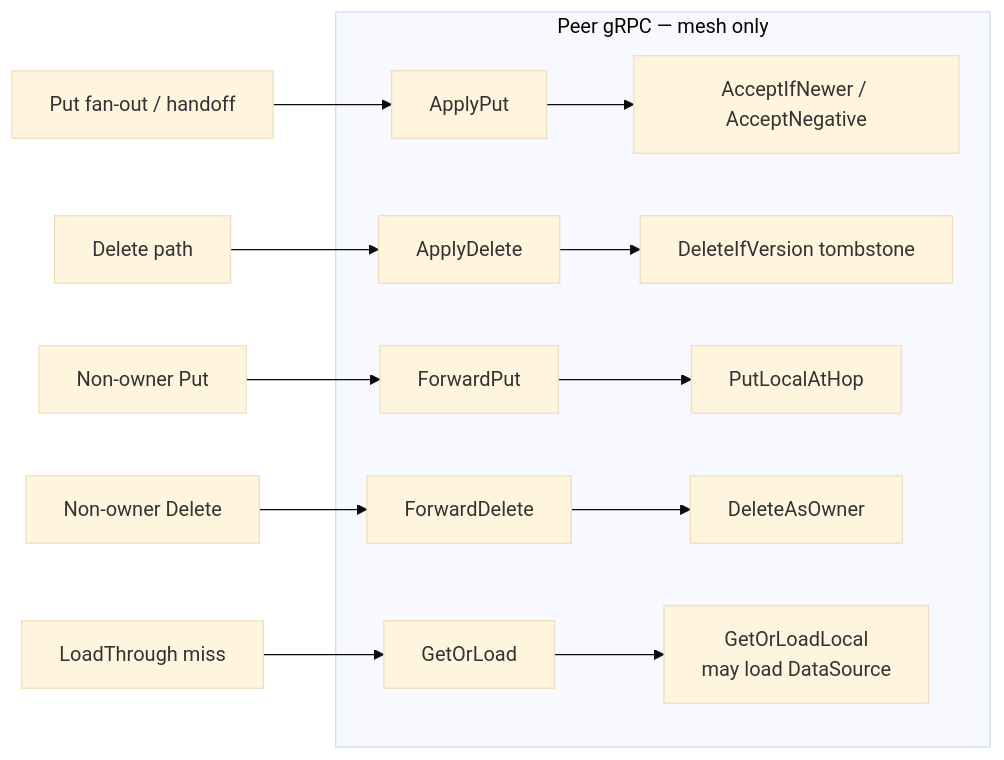
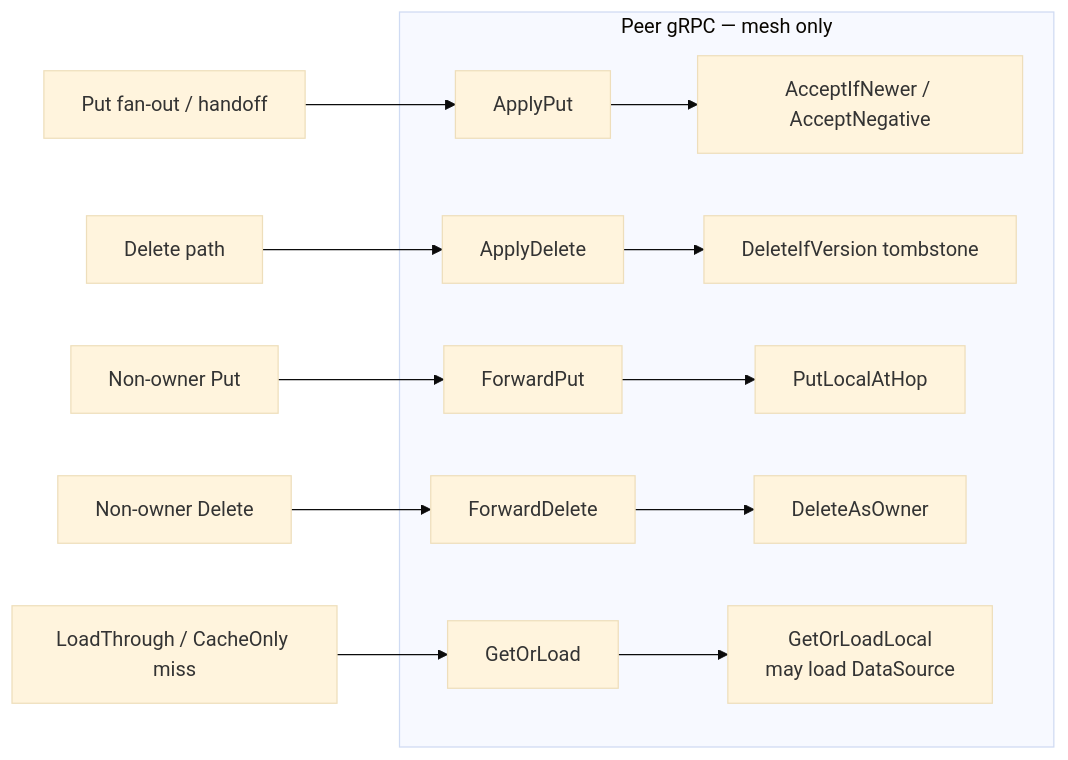
Before and after one commit to Code0987/supercache: the ninth of 18 diagrams in docs/CLUSTER_FLOWS.md, drawn with Mermaid (base theme). The commit also changed other lines of this file and 17 other files, not shown here.

````diff
--- a/docs/CLUSTER_FLOWS.md
+++ b/docs/CLUSTER_FLOWS.md
@@ -206,16 +206,16 @@
 ```mermaid
 flowchart LR
   subgraph PeerAPI["Peer gRPC — mesh only"]
     AP["ApplyPut"] --> LWW["AcceptIfNewer / AcceptNegative"]
     AD["ApplyDelete"] --> TB["DeleteIfVersion tombstone"]
     FP["ForwardPut"] --> PL["PutLocalAtHop"]
     FDel["ForwardDelete"] --> DO["DeleteAsOwner"]
     GL["GetOrLoad"] --> OL["GetOrLoadLocal<br/>may load DataSource"]
   end
 
   PUT["Put fan-out / handoff"] --> AP
   DEL["Delete path"] --> AD
   NPUT["Non-owner Put"] --> FP
   NDEL["Non-owner Delete"] --> FDel
-  GET["LoadThrough miss"] --> GL
+  GET["LoadThrough / CacheOnly miss"] --> GL
 ```
````
